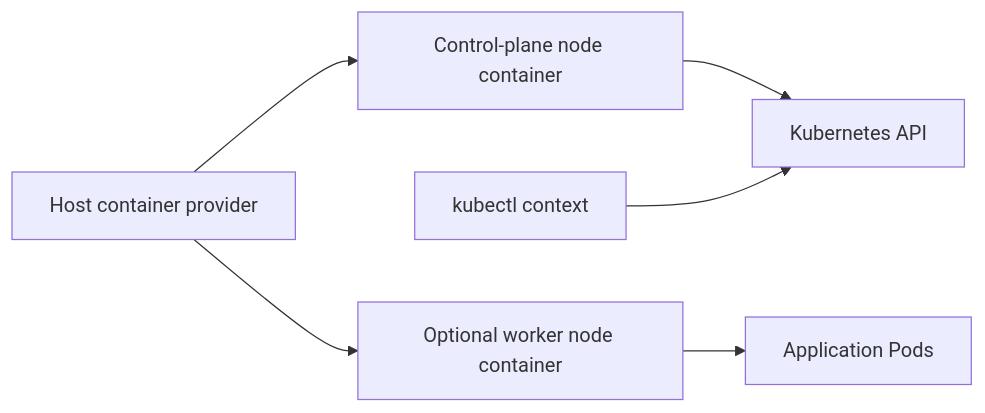
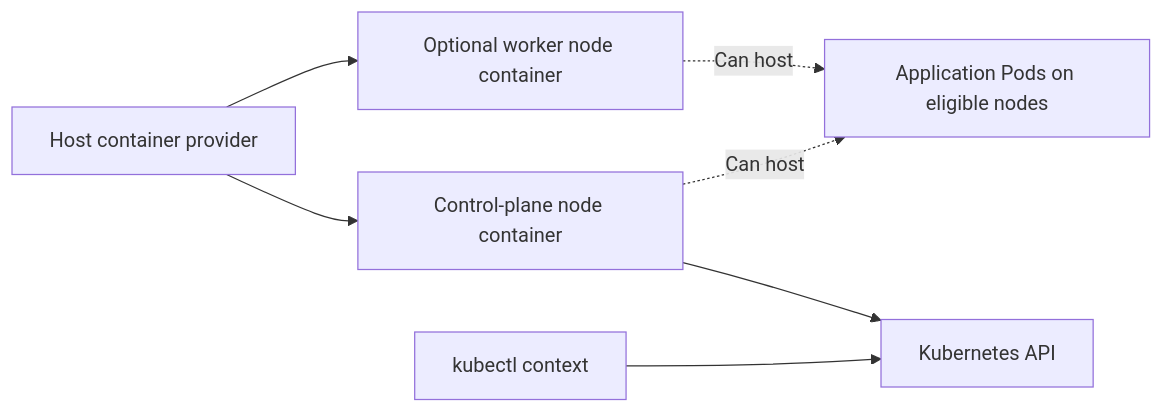
Before and after one commit to David-A18/MY-humble-knowledge-for-everyone: the first of 2 diagrams in knowledge/kubernetes/applications-and-tools/kind-custom-clusters.md, drawn with Mermaid. The commit also changed other lines of this file and 7 other files, not shown here.

````diff
--- a/knowledge/kubernetes/applications-and-tools/kind-custom-clusters.md
+++ b/knowledge/kubernetes/applications-and-tools/kind-custom-clusters.md
@@ -44,8 +48,9 @@
 ```mermaid
 flowchart LR
   provider["Host container provider"] --> control["Control-plane node container"]
   provider --> worker["Optional worker node container"]
   control --> api["Kubernetes API"]
-  worker --> pods["Application Pods"]
+  control -. "Can host" .-> pods["Application Pods on eligible nodes"]
+  worker -. "Can host" .-> pods
   kubectl["kubectl context"] --> api
 ```
````
